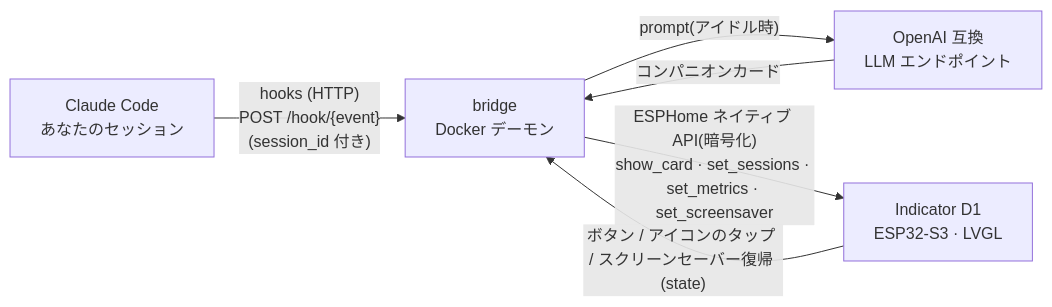
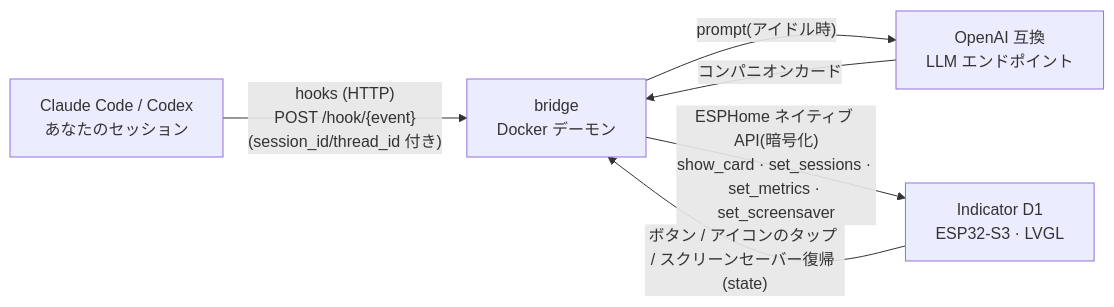
One commit to yufeikang/indicator-ai-companion changed the diagram in README.ja.md. Above: the diagram before and after it, drawn with Mermaid. The commit also changed other lines of this file and 29 other files, not shown here.

First line of the commit message:
feat: Codex support across firmware/bridge/hooks + demo replay mode

````diff
--- a/README.ja.md
+++ b/README.ja.md
@@ -27,13 +28,13 @@
 ```mermaid
 flowchart LR
-    CC["Claude Code<br/>あなたのセッション"]
+    AG["Claude Code / Codex<br/>あなたのセッション"]
     BR["bridge<br/>Docker デーモン"]
     LLM["OpenAI 互換<br/>LLM エンドポイント"]
     DEV["Indicator D1<br/>ESP32-S3 · LVGL"]
 
-    CC -- "hooks (HTTP)<br/>POST /hook/{event}<br/>(session_id 付き)" --> BR
+    AG -- "hooks (HTTP)<br/>POST /hook/{event}<br/>(session_id/thread_id 付き)" --> BR
     BR -- "prompt(アイドル時)" --> LLM
     LLM -- "コンパニオンカード" --> BR
     BR -- "ESPHome ネイティブ API(暗号化)<br/>show_card · set_sessions · set_metrics · set_screensaver" --> DEV
     DEV -- "ボタン / アイコンのタップ / スクリーンセーバー復帰 (state)" --> BR
 ```
````
